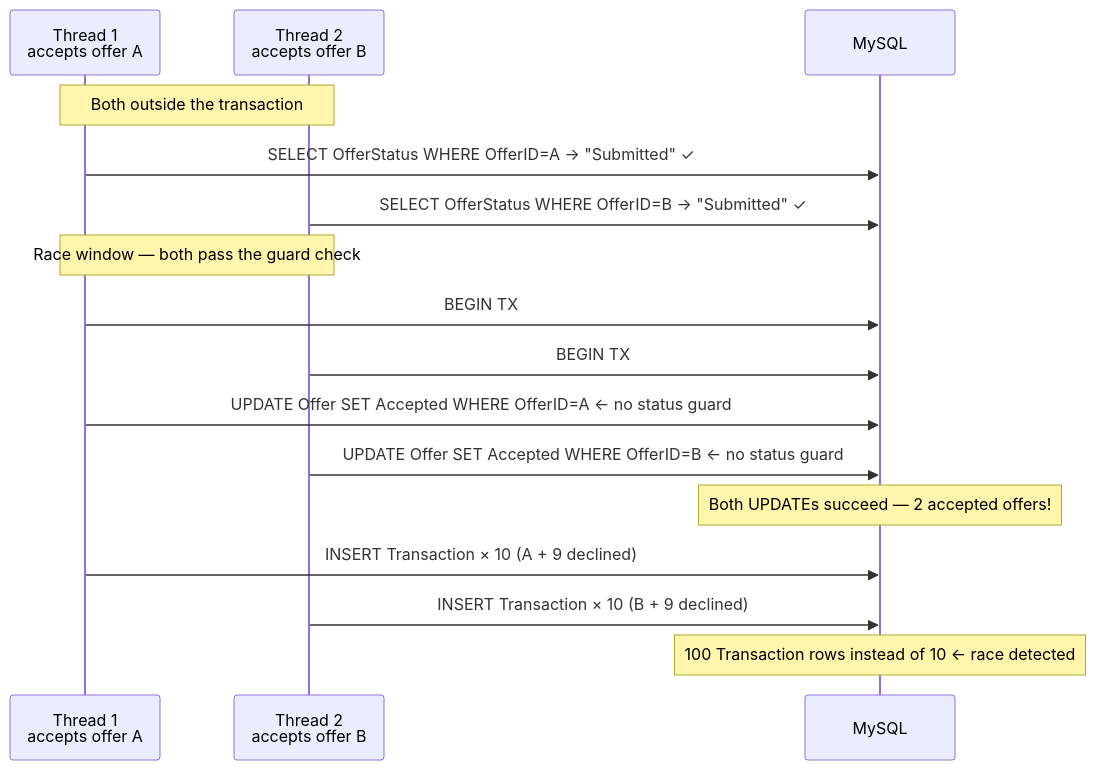
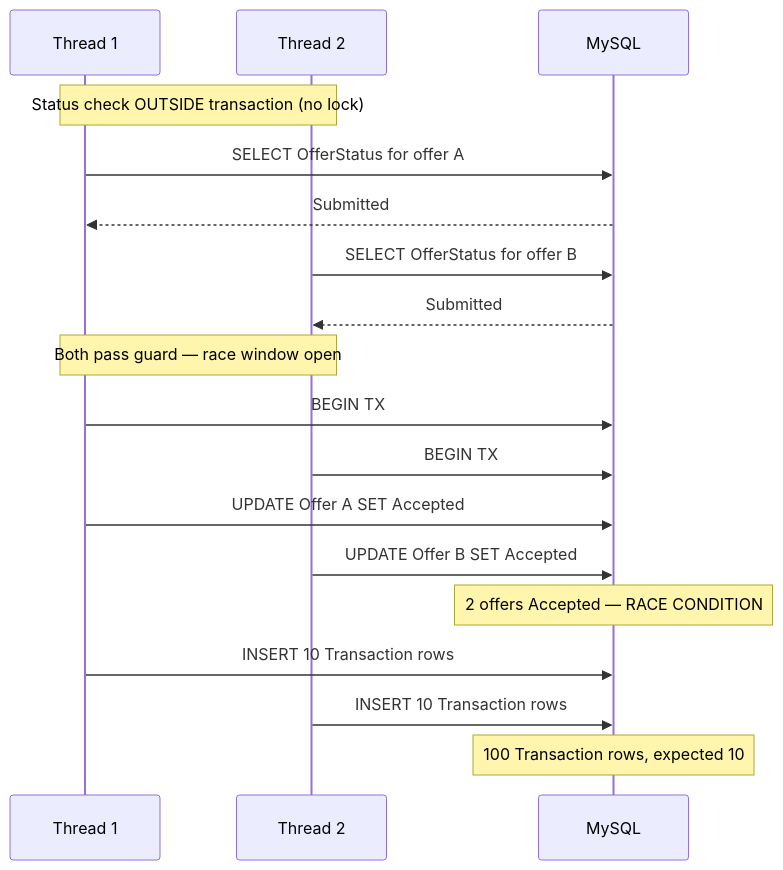
Before and after one commit to Zeenu03/Campus_Trading_App: the fifth of 10 diagrams in Assignment_3/Module_B/MODULE_B_REPORT.md, drawn with Mermaid. The commit also changed other lines of this file and 3 other files, not shown here.

````diff
--- a/Assignment_3/Module_B/MODULE_B_REPORT.md
+++ b/Assignment_3/Module_B/MODULE_B_REPORT.md
@@ -230,25 +201,21 @@
 ```mermaid
 sequenceDiagram
-    participant T1 as Thread 1<br/>accepts offer A
-    participant T2 as Thread 2<br/>accepts offer B
+    participant T1 as Thread 1
+    participant T2 as Thread 2
     participant DB as MySQL
 
-    Note over T1,T2: Both outside the transaction
-    T1->>DB: SELECT OfferStatus WHERE OfferID=A → "Submitted" ✓
-    T2->>DB: SELECT OfferStatus WHERE OfferID=B → "Submitted" ✓
-
-    Note over T1,T2: Race window — both pass the guard check
-
+    Note over T1,T2: Status check OUTSIDE transaction (no lock)
+    T1->>DB: SELECT OfferStatus for offer A
+    DB-->>T1: Submitted
+    T2->>DB: SELECT OfferStatus for offer B
+    DB-->>T2: Submitted
+    Note over T1,T2: Both pass guard — race window open
     T1->>DB: BEGIN TX
     T2->>DB: BEGIN TX
-
-    T1->>DB: UPDATE Offer SET Accepted WHERE OfferID=A ← no status guard
-    T2->>DB: UPDATE Offer SET Accepted WHERE OfferID=B ← no status guard
-
-    Note over DB: Both UPDATEs succeed — 2 accepted offers!
-
-    T1->>DB: INSERT Transaction × 10 (A + 9 declined)
-    T2->>DB: INSERT Transaction × 10 (B + 9 declined)
-
-    Note over DB: 100 Transaction rows instead of 10 ← race detected
+    T1->>DB: UPDATE Offer A SET Accepted
+    T2->>DB: UPDATE Offer B SET Accepted
+    Note over DB: 2 offers Accepted — RACE CONDITION
+    T1->>DB: INSERT 10 Transaction rows
+    T2->>DB: INSERT 10 Transaction rows
+    Note over DB: 100 Transaction rows, expected 10
 ```
````
